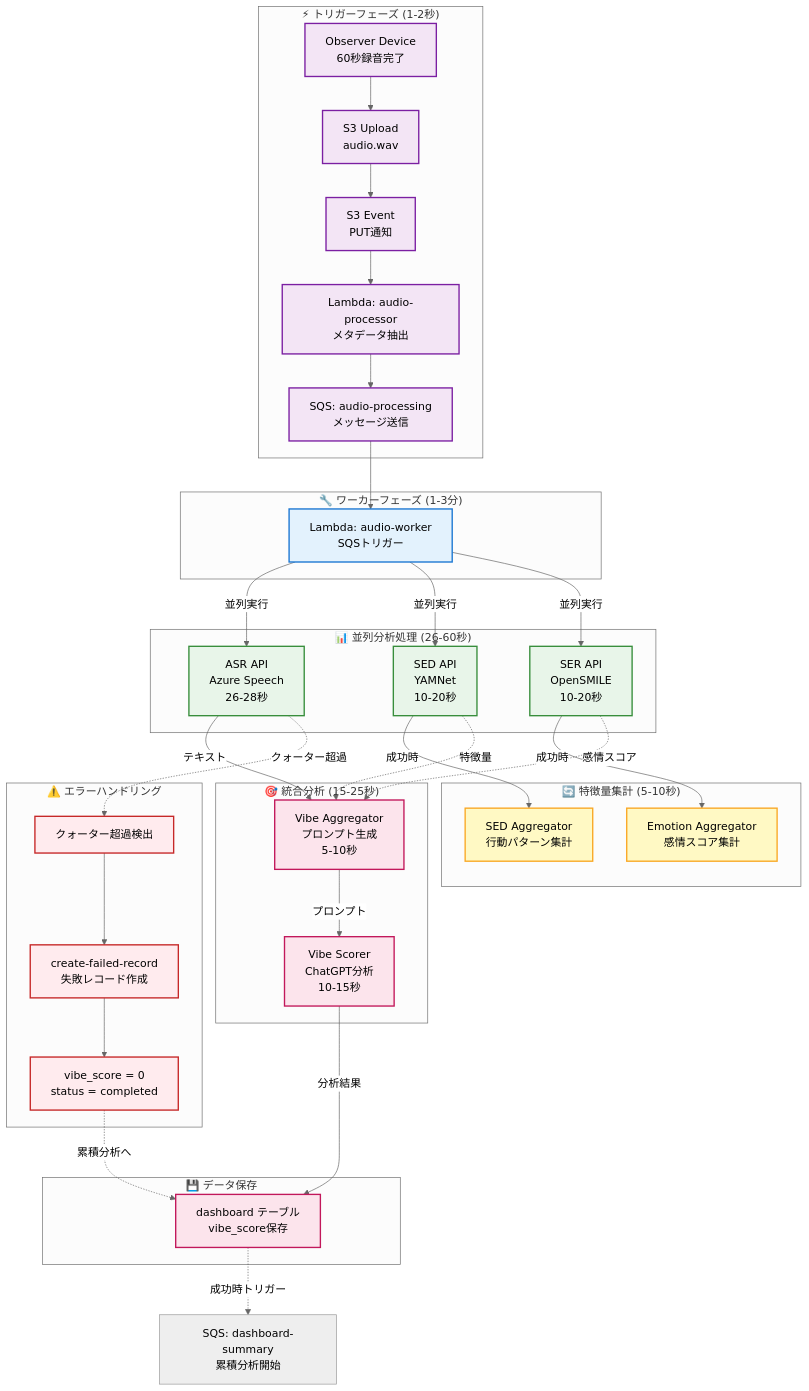
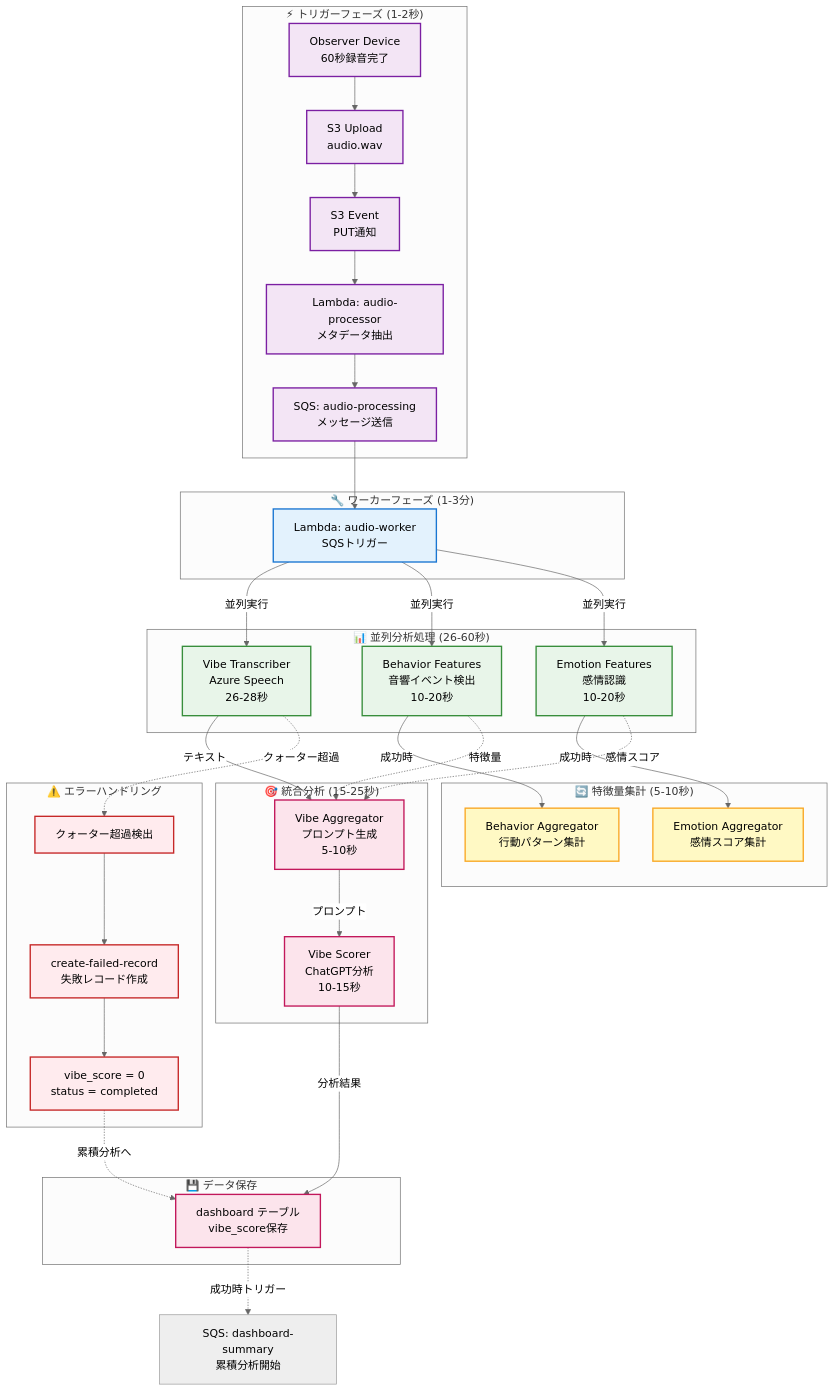
The second of 5 diagrams in PROCESSING_ARCHITECTURE.md (hey-watchme/server-configs), drawn with Mermaid (neutral theme) before and after one commit. The commit also changed other lines of this file and 1 other file, not shown here.

````diff
--- a/PROCESSING_ARCHITECTURE.md
+++ b/PROCESSING_ARCHITECTURE.md
@@ -188,77 +188,77 @@
 ```mermaid
 graph TB
     subgraph Trigger["⚡ トリガーフェーズ (1-2秒)"]
         A[Observer Device<br/>60秒録音完了]
         B[S3 Upload<br/>audio.wav]
         C[S3 Event<br/>PUT通知]
         D[Lambda: audio-processor<br/>メタデータ抽出]
         E[SQS: audio-processing<br/>メッセージ送信]
     end
 
     subgraph Worker["🔧 ワーカーフェーズ (1-3分)"]
         F[Lambda: audio-worker<br/>SQSトリガー]
     end
 
     subgraph Parallel["📊 並列分析処理 (26-60秒)"]
-        G1[ASR API<br/>Azure Speech<br/>26-28秒]
-        G2[SED API<br/>YAMNet<br/>10-20秒]
-        G3[SER API<br/>OpenSMILE<br/>10-20秒]
+        G1[Vibe Transcriber<br/>Azure Speech<br/>26-28秒]
+        G2[Behavior Features<br/>音響イベント検出<br/>10-20秒]
+        G3[Emotion Features<br/>感情認識<br/>10-20秒]
     end
 
     subgraph FeatureAgg["🔄 特徴量集計 (5-10秒)"]
-        H1[SED Aggregator<br/>行動パターン集計]
+        H1[Behavior Aggregator<br/>行動パターン集計]
         H2[Emotion Aggregator<br/>感情スコア集計]
     end
 
     subgraph Integration["🎯 統合分析 (15-25秒)"]
         I[Vibe Aggregator<br/>プロンプト生成<br/>5-10秒]
         J[Vibe Scorer<br/>ChatGPT分析<br/>10-15秒]
     end
 
     subgraph Storage["💾 データ保存"]
         K[dashboard テーブル<br/>vibe_score保存]
     end
 
     subgraph ErrorHandling["⚠️ エラーハンドリング"]
         L[クォーター超過検出]
         M[create-failed-record<br/>失敗レコード作成]
         N[vibe_score = 0<br/>status = completed]
     end
 
     %% 正常フロー
     A --> B --> C --> D --> E --> F
     F -->|並列実行| G1
     F -->|並列実行| G2
     F -->|並列実行| G3
 
     G2 -->|成功時| H1
     G3 -->|成功時| H2
 
     G1 -->|テキスト| I
     G2 -.->|特徴量| I
     G3 -.->|感情スコア| I
 
     I -->|プロンプト| J
     J -->|分析結果| K
 
     %% エラーフロー
     G1 -.->|クォーター超過| L
     L --> M --> N
     N -.->|累積分析へ| K
 
     K -.->|成功時トリガー| SQS2[SQS: dashboard-summary<br/>累積分析開始]
 
     classDef triggerStyle fill:#f3e5f5,stroke:#7b1fa2,stroke-width:2px
     classDef workerStyle fill:#e3f2fd,stroke:#1976d2,stroke-width:2px
     classDef processStyle fill:#e8f5e9,stroke:#388e3c,stroke-width:2px
     classDef aggStyle fill:#fff9c4,stroke:#f9a825,stroke-width:2px
     classDef integrationStyle fill:#fce4ec,stroke:#c2185b,stroke-width:2px
     classDef errorStyle fill:#ffebee,stroke:#c62828,stroke-width:2px
 
     class A,B,C,D,E triggerStyle
     class F workerStyle
     class G1,G2,G3 processStyle
     class H1,H2 aggStyle
     class I,J,K integrationStyle
     class L,M,N errorStyle
 ```
````
